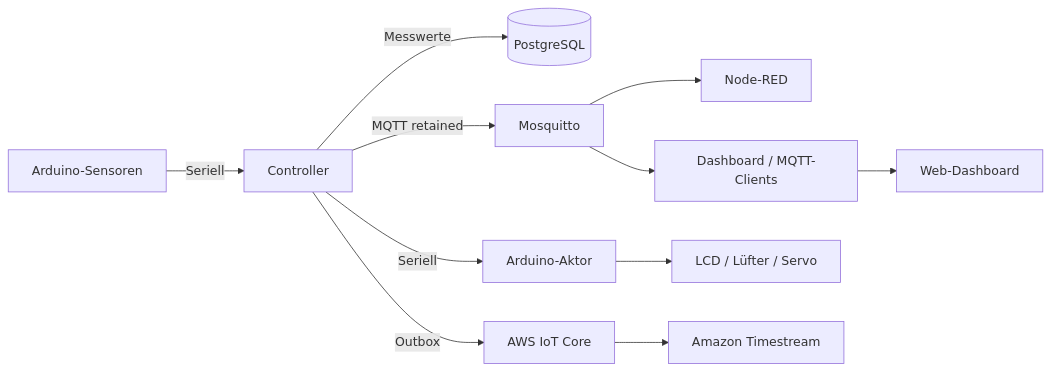
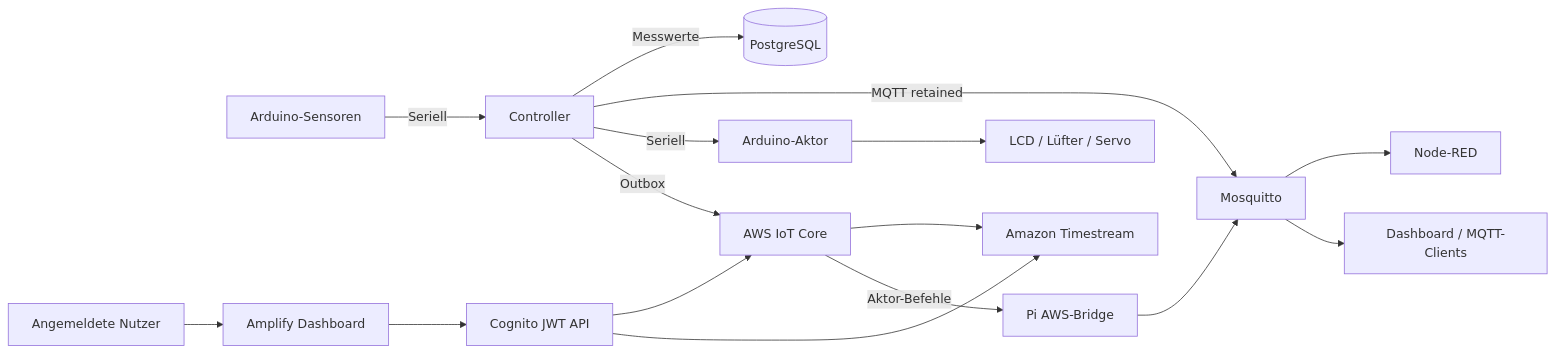
Before and after one commit to tom-rietzke/smart-systems: the diagram in README.md, drawn with Mermaid. The commit also changed other lines of this file and 28 other files, not shown here.

````diff
--- a/README.md
+++ b/README.md
@@ -13,13 +13,18 @@
 ```mermaid
 flowchart LR
     A[Arduino-Sensoren] -->|Seriell| B[Controller]
     B -->|Messwerte| C[(PostgreSQL)]
     B -->|MQTT retained| D[Mosquitto]
     D --> E[Node-RED]
     D --> F[Dashboard / MQTT-Clients]
     B -->|Seriell| G[Arduino-Aktor]
     G --> H[LCD / Lüfter / Servo]
     B -->|Outbox| I[AWS IoT Core]
     I --> J[Amazon Timestream]
-    F --> K[Web-Dashboard]
+    I -->|Aktor-Befehle| L[Pi AWS-Bridge]
+    L --> D
+    U[Angemeldete Nutzer] --> M[Amplify Dashboard]
+    M --> N[Cognito JWT API]
+    N --> I
+    N --> J
 ```
````
